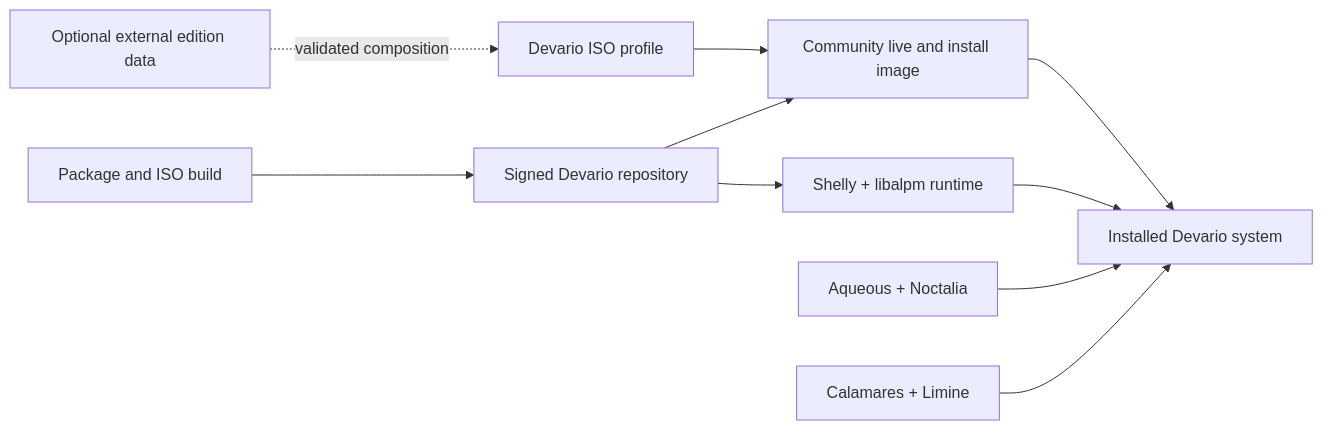
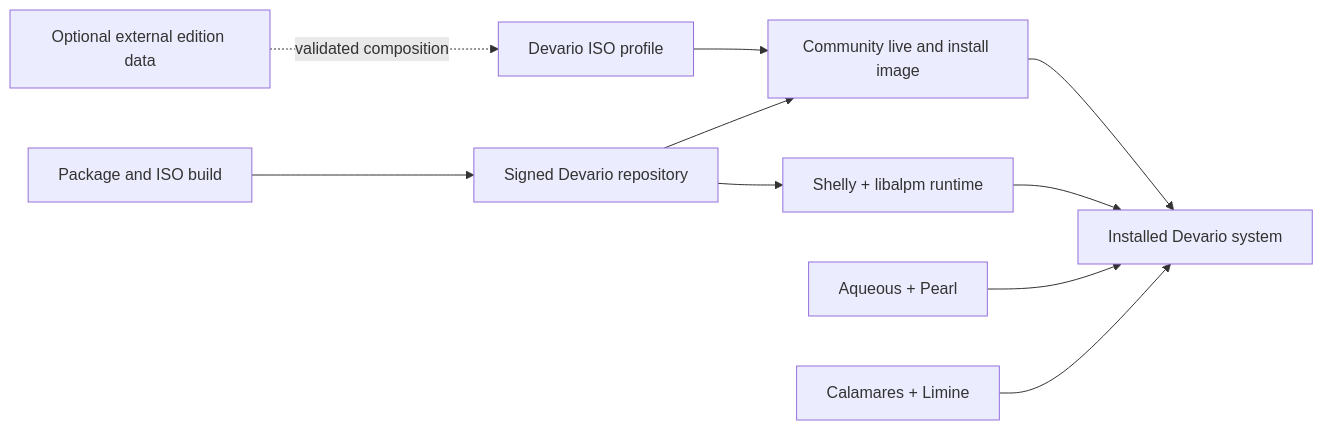
The diagram in docs/architecture.md (Seafoam-Labs/devario-os), drawn with Mermaid before and after one commit. The commit also changed other lines of this file and 44 other files, not shown here.

````diff
--- a/docs/architecture.md
+++ b/docs/architecture.md
@@ -17,12 +17,12 @@
 ```mermaid
 flowchart LR
     Build["Package and ISO build"] --> Repo["Signed Devario repository"]
     Repo --> Shelly["Shelly + libalpm runtime"]
     Profile["Devario ISO profile"] --> Image["Community live and install image"]
     Repo --> Image
     Image --> System["Installed Devario system"]
     Shelly --> System
-    Desktop["Aqueous + Noctalia"] --> System
+    Desktop["Aqueous + Pearl"] --> System
     Installer["Calamares + Limine"] --> System
     Edition["Optional external edition data"] -. "validated composition" .-> Profile
 ```
````
